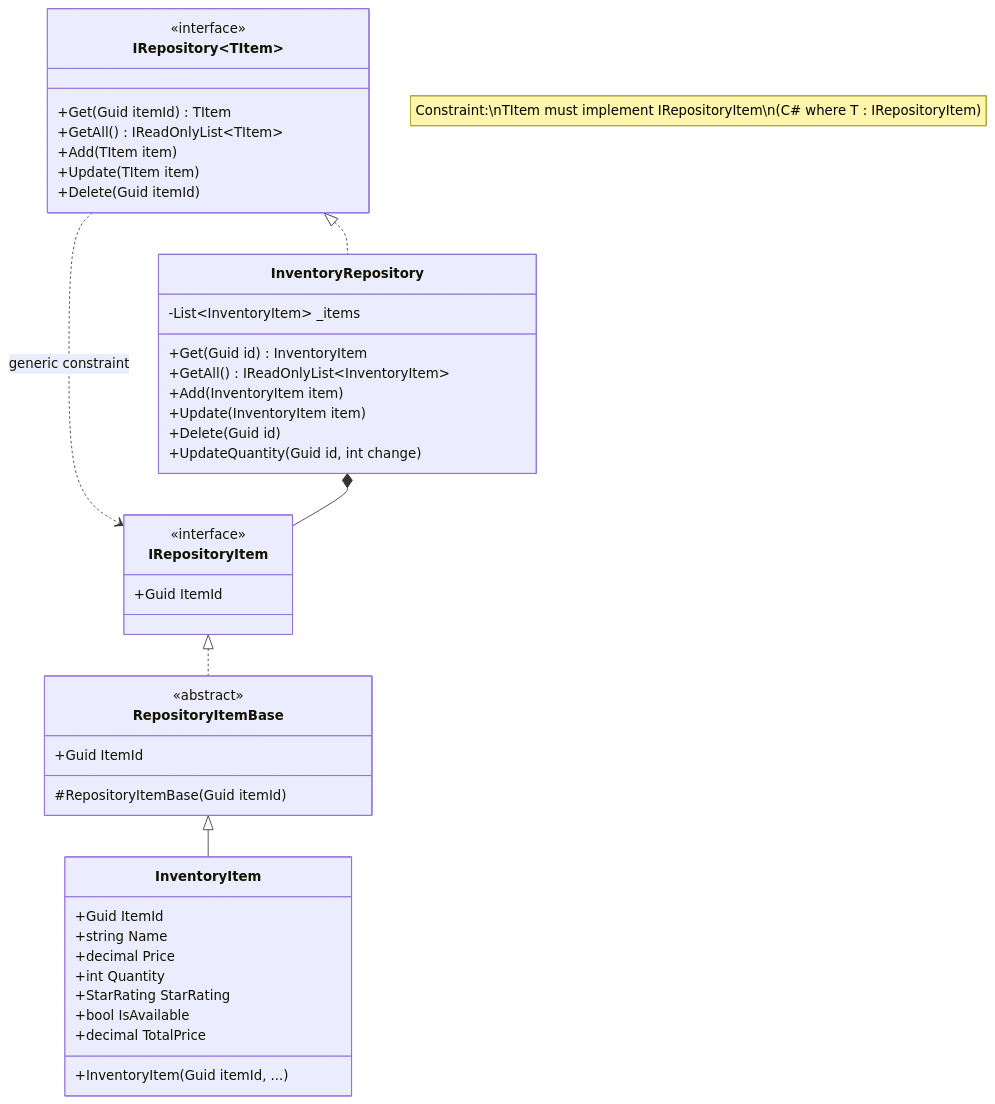
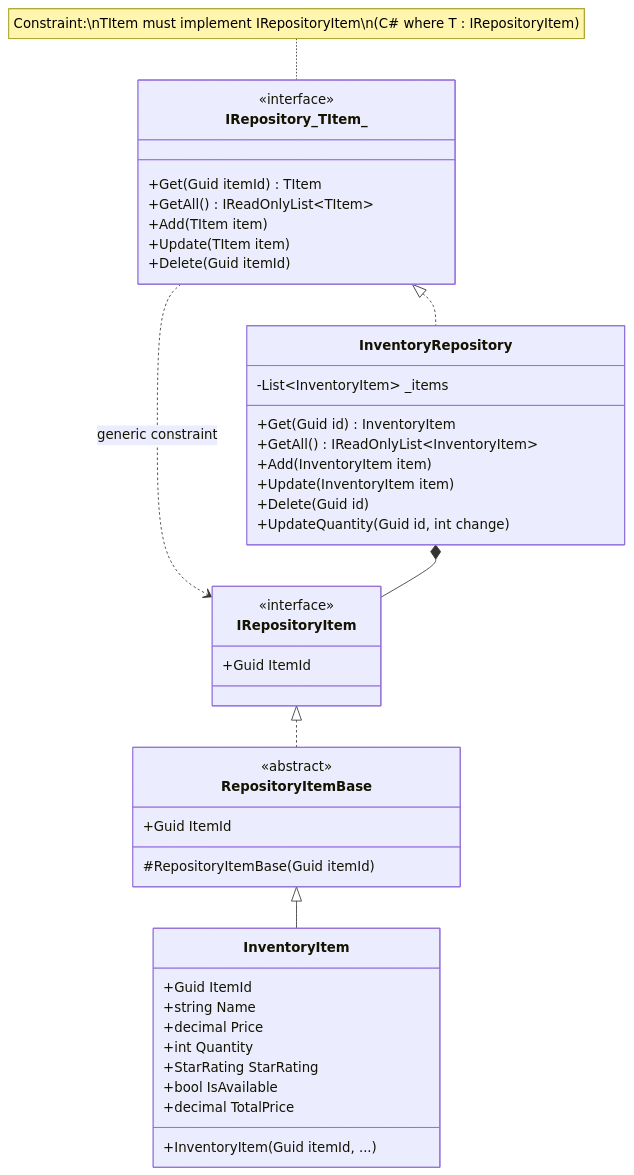
One commit to jeff-adkisson/swe-4743-spring-2026-oo-design changed the diagram in assignments/assignment-2-solution/src-csharp/TeaShop/Domain/Inventory/README.md. Above: the diagram before and after it, drawn with Mermaid. The commit also changed other lines of this file and 62 other files, not shown here.

````diff
--- a/assignments/assignment-2-solution/src-csharp/TeaShop/Domain/Inventory/README.md
+++ b/assignments/assignment-2-solution/src-csharp/TeaShop/Domain/Inventory/README.md
@@ -16,59 +21,59 @@
 ```mermaid
 ---
  
   config:
     class:
       hideEmptyMembersBox: true
 ---
 classDiagram
-    class IRepository~TItem~ {
+    class IRepository_TItem_ {
         <<interface>>
         +Get(Guid itemId) TItem
         +GetAll() IReadOnlyList~TItem~
         +Add(TItem item)
         +Update(TItem item)
         +Delete(Guid itemId)
     }
 
     class IRepositoryItem {
         <<interface>>
         +Guid ItemId
     }
 
     class RepositoryItemBase {
         <<abstract>>
         +Guid ItemId
         #RepositoryItemBase(Guid itemId)
     }
 
     class InventoryRepository {
         -List~InventoryItem~ _items
         +Get(Guid id) InventoryItem
         +GetAll() IReadOnlyList~InventoryItem~
         +Add(InventoryItem item)
         +Update(InventoryItem item)
         +Delete(Guid id)
         +UpdateQuantity(Guid id, int change)
     }
 
     class InventoryItem {
         +Guid ItemId
         +string Name
         +decimal Price
         +int Quantity
         +StarRating StarRating
         +bool IsAvailable
         +decimal TotalPrice
         +InventoryItem(Guid itemId, ...)
     }
 
     %% Generic constraint
-    note for IRepository~T~ "Constraint:\nTItem must implement IRepositoryItem\n(C# where T : IRepositoryItem)"
+    note for IRepository_TItem_ "Constraint:\nTItem must implement IRepositoryItem\n(C# where T : IRepositoryItem)"
 
     %% Relationships
-    IRepository~InventoryItem~ <|.. InventoryRepository
+    IRepository_TItem_ <|.. InventoryRepository
     IRepositoryItem <|.. RepositoryItemBase
     RepositoryItemBase <|-- InventoryItem
-    IRepository~TItem~ ..> IRepositoryItem : generic constraint
+    IRepository_TItem_ ..> IRepositoryItem : generic constraint
     InventoryRepository *-- IRepositoryItem
    ```
````
